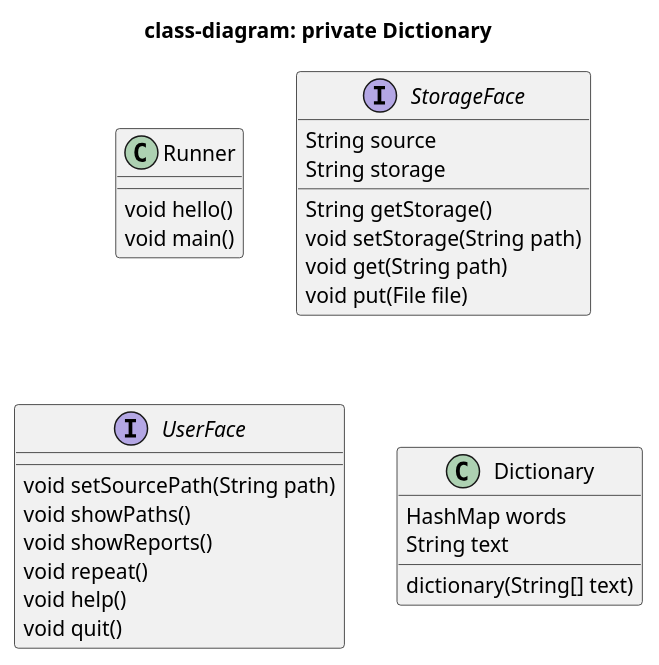
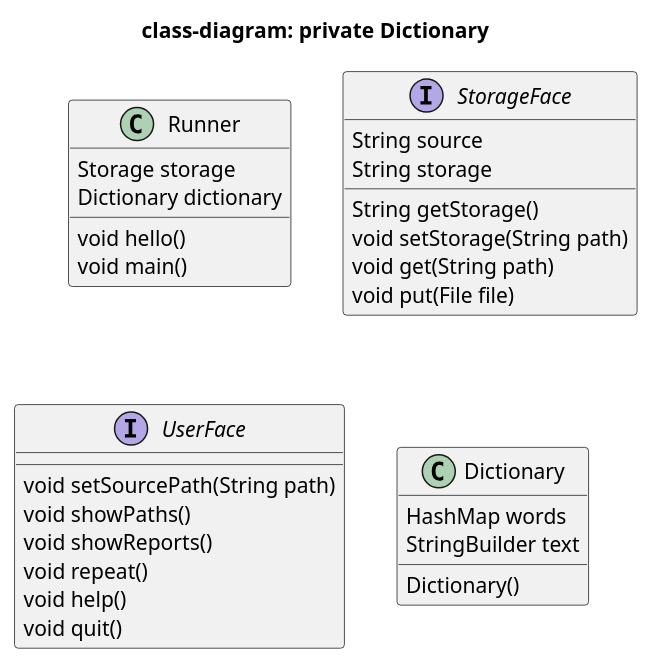
One commit to esoe/J120-lab02-task1 changed the diagram in src/main/documentation/uml/class-diagram.puml. Above: the diagram before and after it, drawn with PlantUML. The commit also changed 6 other files, not shown here.

```diff
--- a/src/main/documentation/uml/class-diagram.puml
+++ b/src/main/documentation/uml/class-diagram.puml
@@ -1,29 +1,31 @@
 @startuml
 title "class-diagram: private Dictionary"
 class Runner{
+    Storage storage
+    Dictionary dictionary
     void hello()
     void main()
 }
 interface StorageFace{
     String source
     String storage
     String getStorage()
     void setStorage(String path)
     void get(String path)
     void put(File file)
 }
 interface UserFace{
     void setSourcePath(String path)
     void showPaths()
     void showReports()
     void repeat()
     void help()
     void quit()
 }
 class Dictionary{
     HashMap words
-    String text
-    dictionary(String[] text)
+    StringBuilder text
+    Dictionary()
 }
 
 @enduml
```
